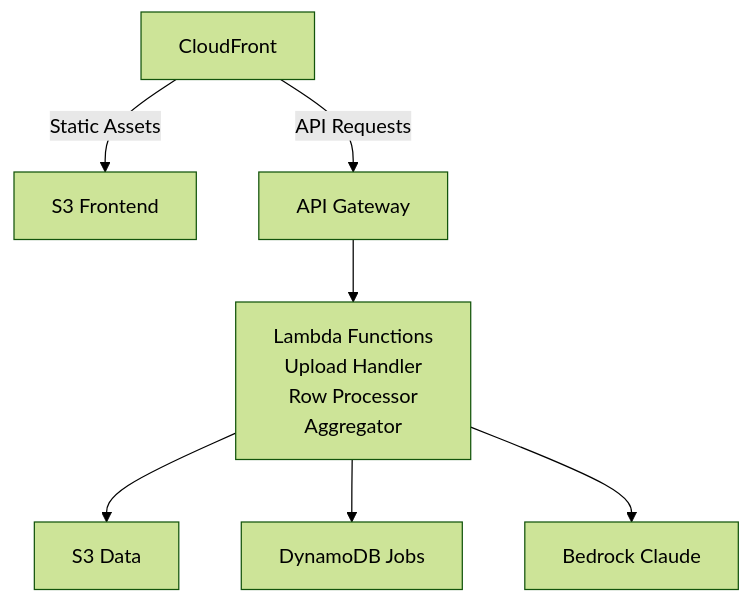
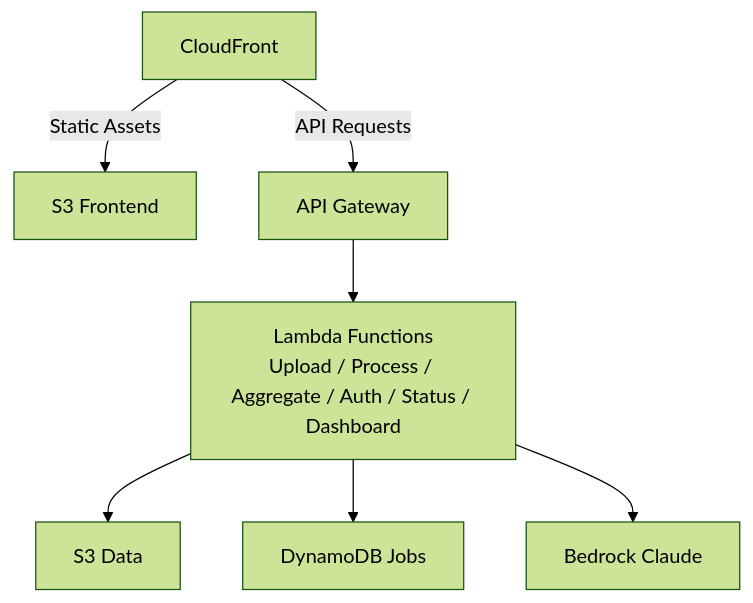
One commit to NC-DIT-Open-Source/Public-Comment-Analyzer changed the diagram in README.md. Above: the diagram before and after it, drawn with Mermaid (forest theme). The commit also changed other lines of this file and 6 other files, not shown here.

````diff
--- a/README.md
+++ b/README.md
@@ -76,9 +73,9 @@
 ```mermaid
 graph TD
     CF[CloudFront] -->|Static Assets| S3F[S3 Frontend]
     CF -->|API Requests| APIGW[API Gateway]
-    APIGW --> LF[Lambda Functions<br/>Upload Handler<br/>Row Processor<br/>Aggregator]
+    APIGW --> LF[Lambda Functions<br/>Upload / Process / Aggregate / Auth / Status / Dashboard]
     LF --> S3D[S3 Data]
     LF --> DDB[DynamoDB Jobs]
     LF --> BR[Bedrock Claude]
 ```
````
